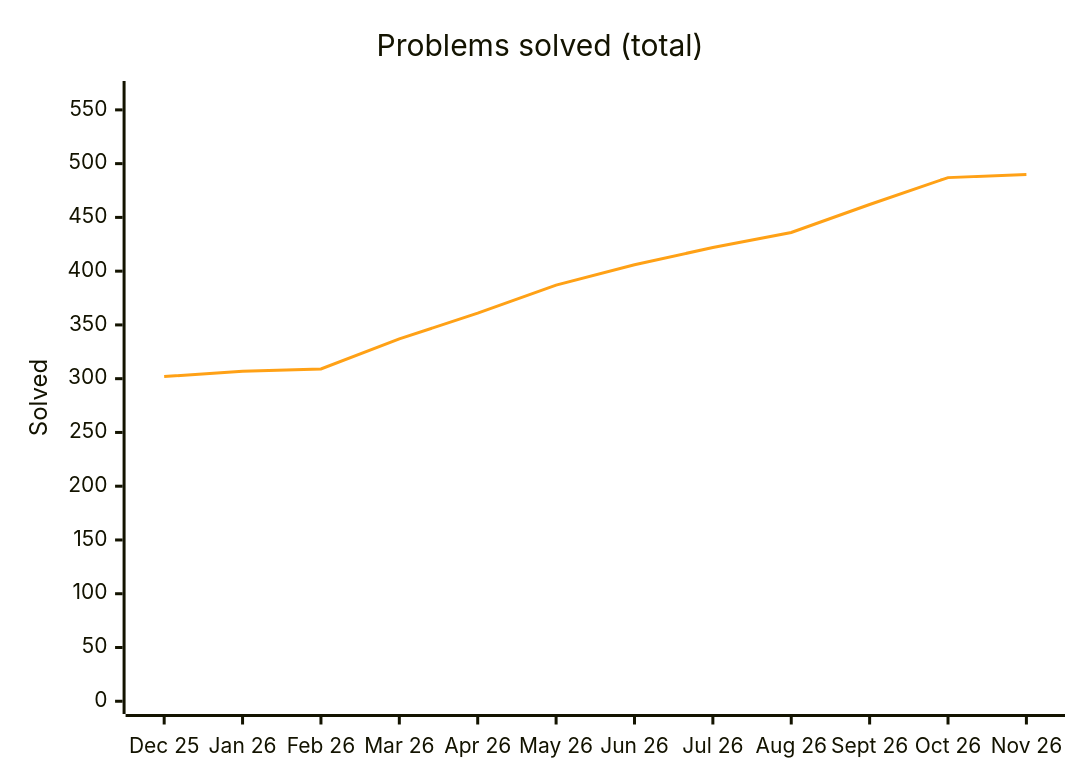
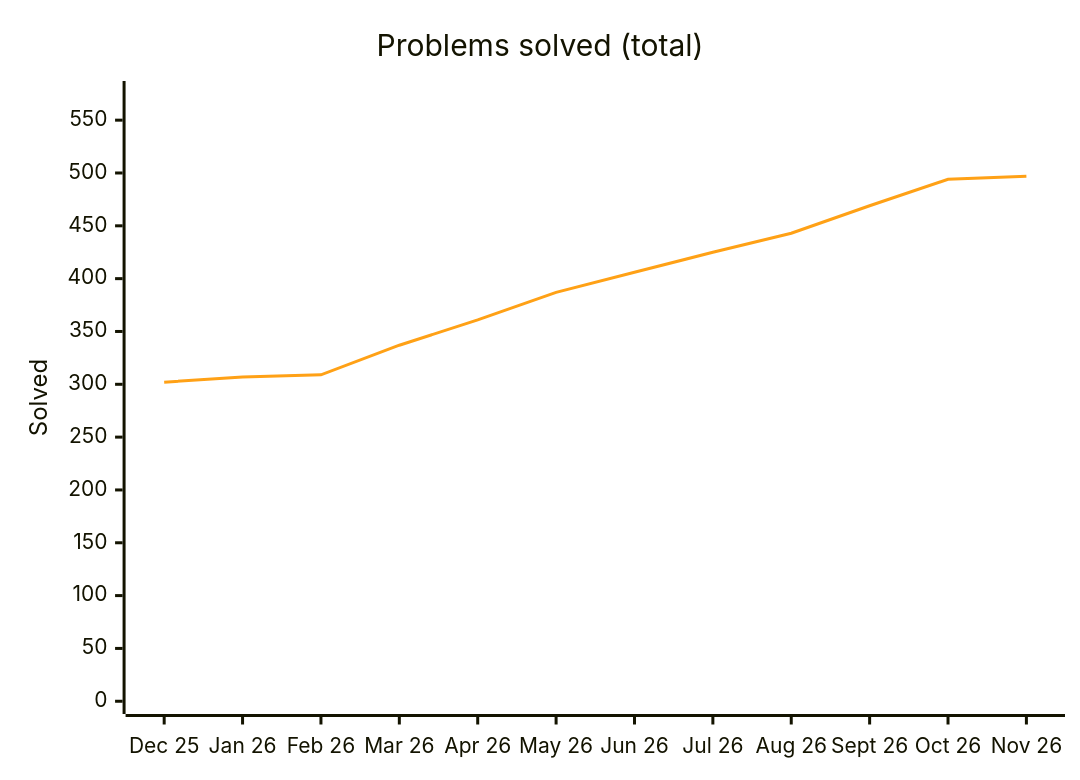
One commit to Ved-u/Java-DSA changed the diagram in README.md. Above: the diagram before and after it, drawn with Mermaid. The commit also changed other lines of this file and 9 other files, not shown here.

````diff
--- a/README.md
+++ b/README.md
@@ -53,8 +53,8 @@
 ```mermaid
 %%{init: {"themeVariables": {"xyChart": {"plotColorPalette": "#ffa116"}}}}%%
 xychart-beta
     title "Problems solved (total)"
     x-axis ["Dec 25", "Jan 26", "Feb 26", "Mar 26", "Apr 26", "May 26", "Jun 26", "Jul 26", "Aug 26", "Sept 26", "Oct 26", "Nov 26"]
-    y-axis "Solved" 0 --> 565
-    line [302, 307, 309, 337, 361, 387, 406, 422, 436, 462, 487, 490]
+    y-axis "Solved" 0 --> 575
+    line [302, 307, 309, 337, 361, 387, 406, 425, 443, 469, 494, 497]
 ```
````
